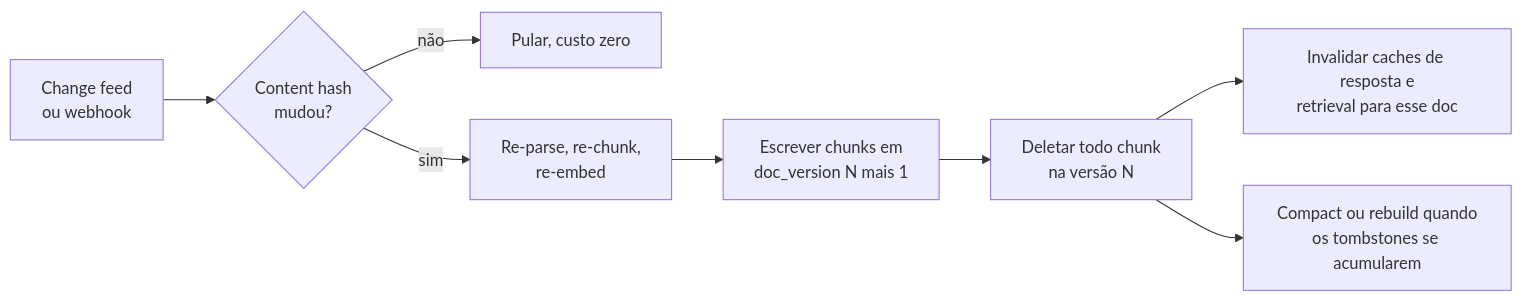
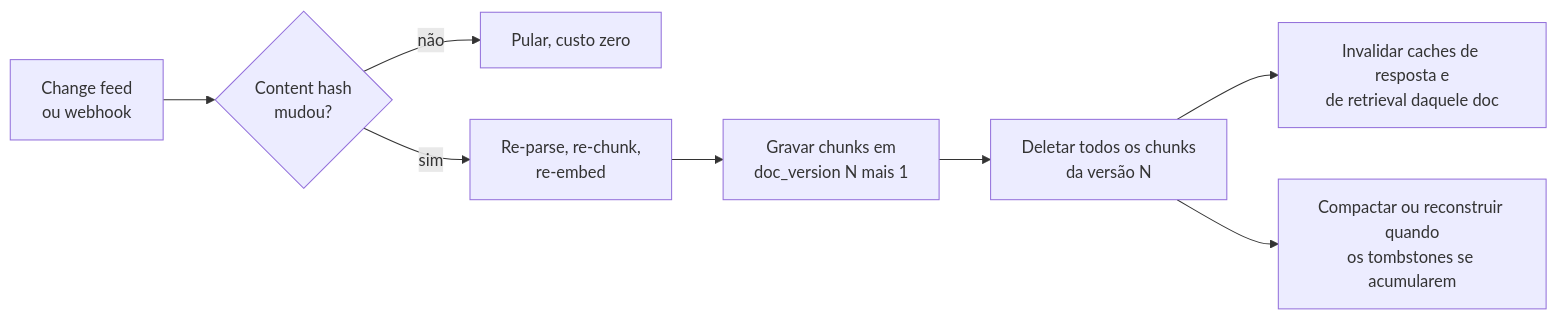
Diagram 15 of 30 in 04-rag-and-retrieval/questions.pt-BR.md (andrevberaldo/AI-Engineer-Interview-Questions), drawn with Mermaid before and after one commit. The commit also changed other lines of this file and 1 other file, not shown here.

````diff
--- a/04-rag-and-retrieval/questions.pt-BR.md
+++ b/04-rag-and-retrieval/questions.pt-BR.md
@@ -732,10 +732,10 @@
 ```mermaid
 flowchart LR
     S["Change feed<br/>ou webhook"] --> H{"Content hash<br/>mudou?"}
     H -->|"não"| SK["Pular, custo zero"]
     H -->|"sim"| P["Re-parse, re-chunk,<br/>re-embed"]
-    P --> W["Escrever chunks em<br/>doc_version N mais 1"]
-    W --> D["Deletar todo chunk<br/>na versão N"]
-    D --> C["Invalidar caches de resposta e<br/>retrieval para esse doc"]
-    D --> M["Compact ou rebuild quando<br/>os tombstones se acumularem"]
+    P --> W["Gravar chunks em<br/>doc_version N mais 1"]
+    W --> D["Deletar todos os chunks<br/>da versão N"]
+    D --> C["Invalidar caches de resposta e<br/>de retrieval daquele doc"]
+    D --> M["Compactar ou reconstruir quando<br/>os tombstones se acumularem"]
 ```
````
